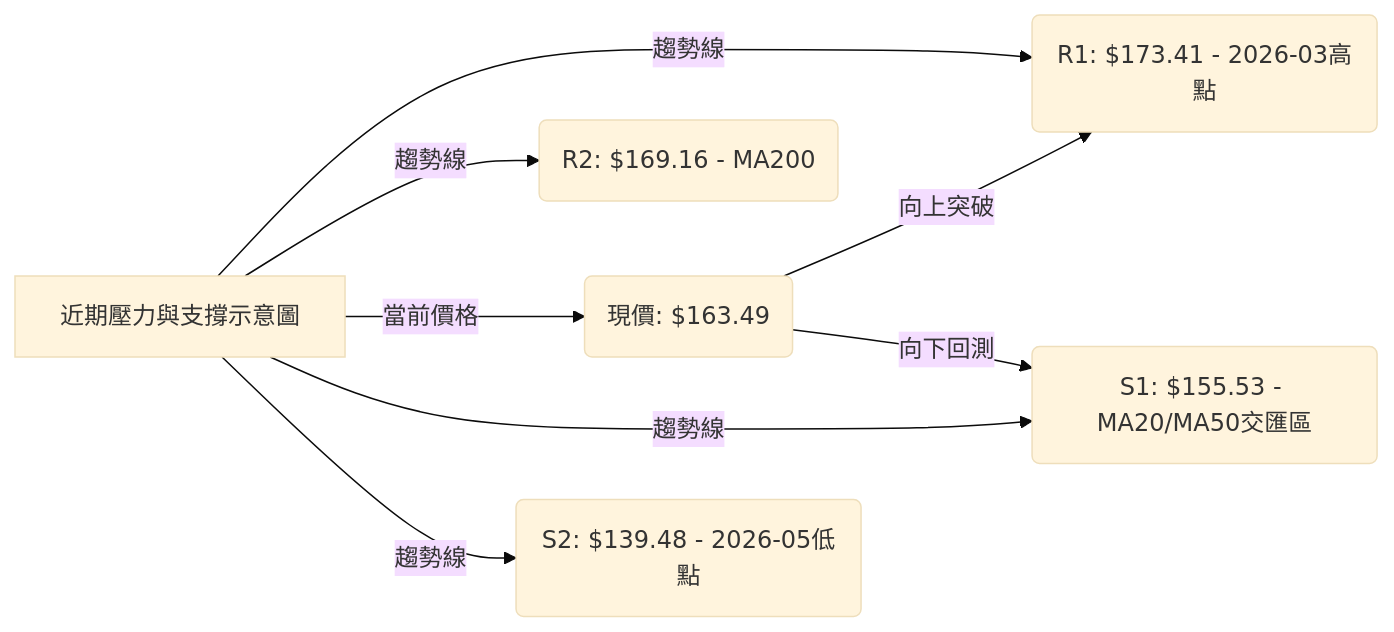
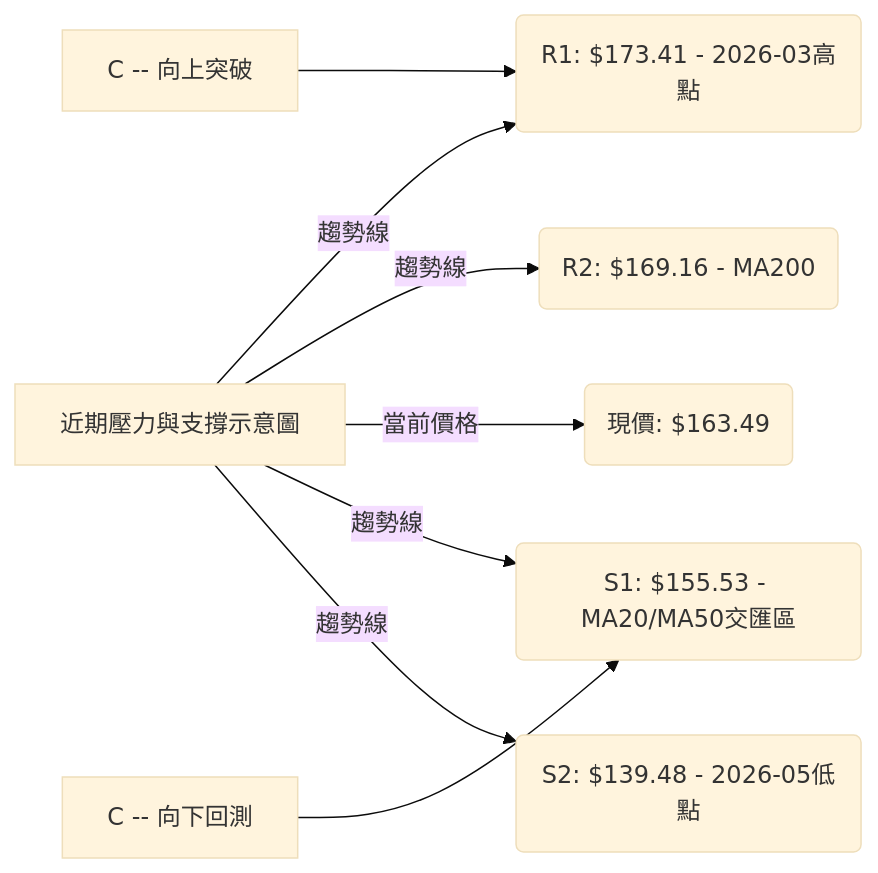
Before and after one commit to yennanliu/finance_data: the third of 10 diagrams in ai_gen_report/stock/vst/technical_analysis_2026-06-27_gemini.md, drawn with Mermaid (base theme). The commit also changed other lines of this file and 2258 other files, not shown here.

First line of the commit message:
chore: backfill Mermaid syntax repair across existing reports

````diff
--- a/ai_gen_report/stock/vst/technical_analysis_2026-06-27_gemini.md
+++ b/ai_gen_report/stock/vst/technical_analysis_2026-06-27_gemini.md
@@ -173,11 +173,11 @@
 ```mermaid
 graph LR
-    P[近期壓力與支撐示意圖]
-    P -- 趨勢線 --> R1(R1: $173.41 - 2026-03高點)
-    P -- 趨勢線 --> R2(R2: $169.16 - MA200)
-    P -- 當前價格 --> C(現價: $163.49)
-    P -- 趨勢線 --> S1(S1: $155.53 - MA20/MA50交匯區)
-    P -- 趨勢線 --> S2(S2: $139.48 - 2026-05低點)
-    C -- 向上突破 --> R1
-    C -- 向下回測 --> S1
+    P["近期壓力與支撐示意圖"]
+    P -- 趨勢線 --> R1("R1: $173.41 - 2026-03高點")
+    P -- 趨勢線 --> R2("R2: $169.16 - MA200")
+    P -- 當前價格 --> C("現價: $163.49")
+    P -- 趨勢線 --> S1("S1: $155.53 - MA20/MA50交匯區")
+    P -- 趨勢線 --> S2("S2: $139.48 - 2026-05低點")
+    nb1["C -- 向上突破"] --> R1
+    nb2["C -- 向下回測"] --> S1
 ```
````
